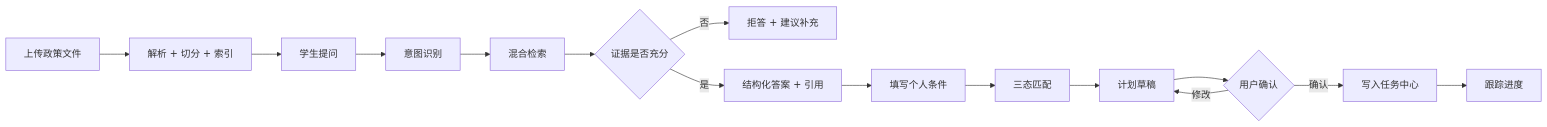
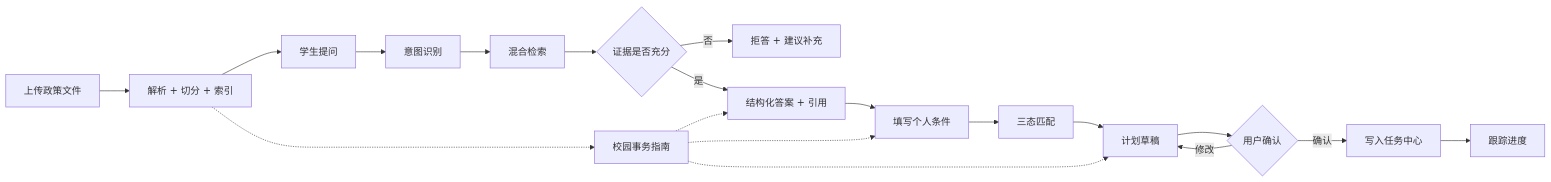
The first of 2 diagrams in README.md (liqing-258/campus-policy-planner), drawn with Mermaid before and after one commit. The commit also changed other lines of this file and 2 other files, not shown here.

````diff
--- a/README.md
+++ b/README.md
@@ -161,17 +167,21 @@
 ```mermaid
 flowchart LR
     A["上传政策文件"] --> B["解析 + 切分 + 索引"]
     B --> C["学生提问"]
     C --> D["意图识别"]
     D --> E["混合检索"]
     E --> F{"证据是否充分"}
     F -- 否 --> G["拒答 + 建议补充"]
     F -- 是 --> H["结构化答案 + 引用"]
     H --> I["填写个人条件"]
     I --> J["三态匹配"]
     J --> K["计划草稿"]
     K --> L{"用户确认"}
     L -- 修改 --> K
     L -- 确认 --> M["写入任务中心"]
     M --> N["跟踪进度"]
+    B -.-> G1["校园事务指南"]
+    G1 -.-> H
+    G1 -.-> I
+    G1 -.-> K
 ```
````
